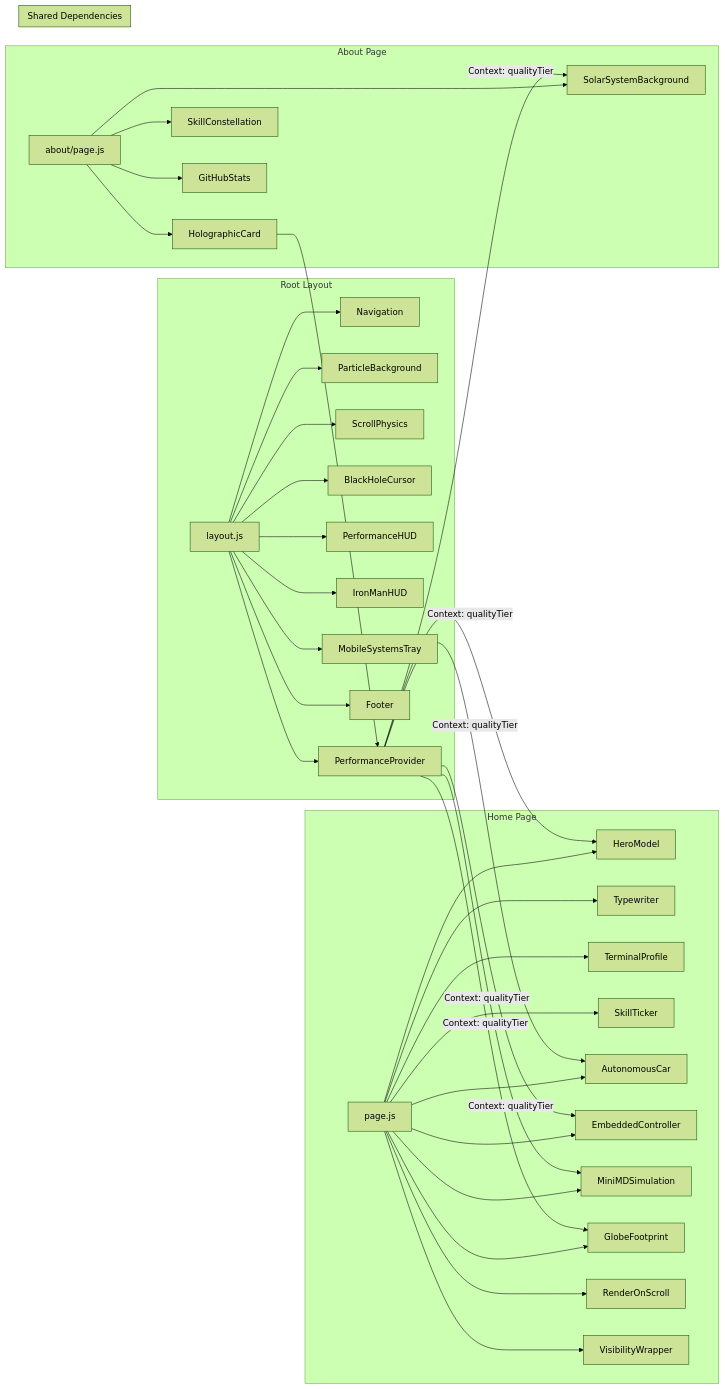
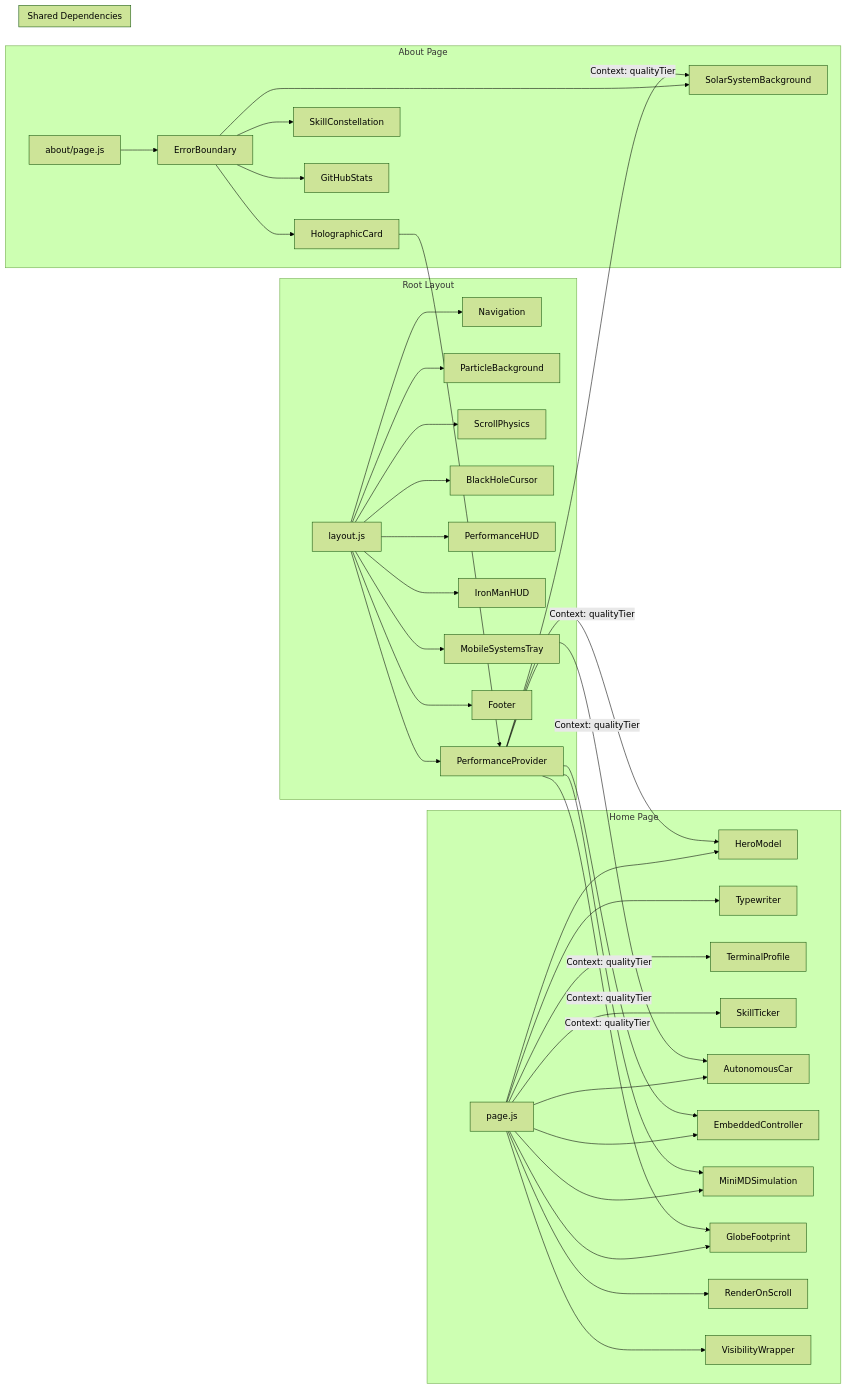
Before and after one commit to johnnietse/personal-portfolio-website: the second of 2 diagrams in README.md, drawn with Mermaid (forest theme). The commit also changed other lines of this file, not shown here.

Commit message:
docs: update README for mobile stability fixes, ErrorBoundary, circuit breaker, globe fallback

````diff
--- a/README.md
+++ b/README.md
@@ -288,44 +290,45 @@
 ```mermaid
 flowchart LR
     subgraph "Root Layout"
         A[layout.js] --> B[Navigation]
         A --> C[ParticleBackground]
         A --> D[ScrollPhysics]
         A --> E[BlackHoleCursor]
         A --> F[PerformanceHUD]
         A --> G[IronManHUD]
         A --> H[MobileSystemsTray]
         A --> I[Footer]
         A --> J[PerformanceProvider]
     end
 
     subgraph "Home Page"
         K[page.js] --> L[HeroModel]
         K --> M[Typewriter]
         K --> N[TerminalProfile]
         K --> O[SkillTicker]
         K --> P[AutonomousCar]
         K --> Q[EmbeddedController]
         K --> R[MiniMDSimulation]
         K --> S[GlobeFootprint]
         K --> T[RenderOnScroll]
         K --> U[VisibilityWrapper]
     end
 
     subgraph "About Page"
-        V[about/page.js] --> W[SolarSystemBackground]
-        V --> X[HolographicCard]
-        V --> Y[SkillConstellation]
-        V --> Z[GitHubStats]
+        V[about/page.js] --> V1[ErrorBoundary]
+        V1 --> W[SolarSystemBackground]
+        V1 --> X[HolographicCard]
+        V1 --> Y[SkillConstellation]
+        V1 --> Z[GitHubStats]
     end
 
     subgraph "Shared Dependencies"
         J -->|Context: qualityTier| L
         J -->|Context: qualityTier| P
         J -->|Context: qualityTier| Q
         J -->|Context: qualityTier| R
         J -->|Context: qualityTier| S
         J -->|Context: qualityTier| W
         X --> J
     end
 ```
````
